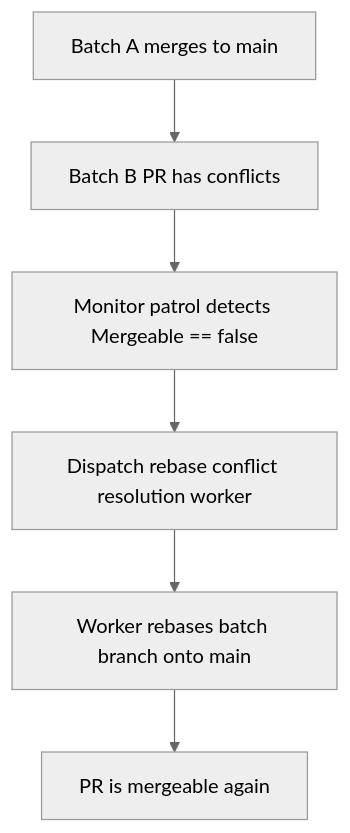
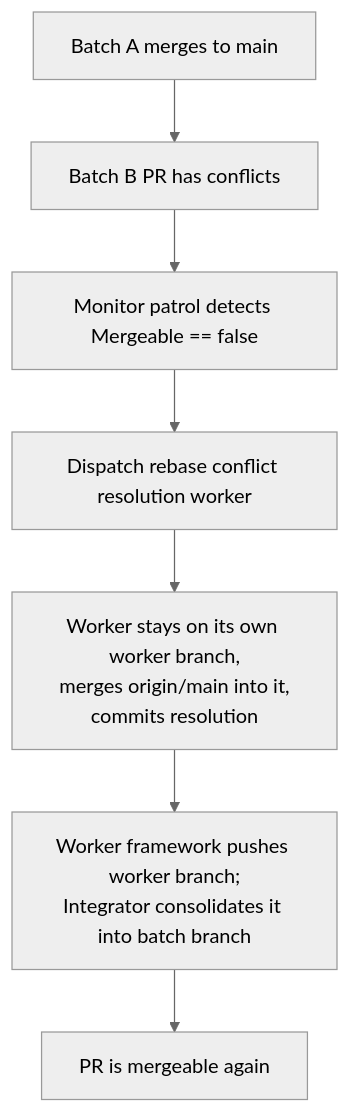
One commit to Herd-OS/herd changed the sixth of 11 diagrams in docs/design/execution.md. Above: the diagram before and after it, drawn with Mermaid (neutral theme). The commit also changed other lines of this file and 1 other file, not shown here.

First line of the commit message:
docs: align conflict-resolution flow with worker-branch behavior

````diff
--- a/docs/design/execution.md
+++ b/docs/design/execution.md
@@ -495,8 +503,9 @@
 ```mermaid
 graph TD
     A["Batch A merges to main"] --> B["Batch B PR has conflicts"]
     B --> C["Monitor patrol detects Mergeable == false"]
     C --> D["Dispatch rebase conflict resolution worker"]
-    D --> E["Worker rebases batch branch onto main"]
-    E --> F["PR is mergeable again"]
+    D --> E["Worker stays on its own worker branch,<br>merges origin/main into it,<br>commits resolution"]
+    E --> F["Worker framework pushes worker branch;<br>Integrator consolidates it into batch branch"]
+    F --> G["PR is mergeable again"]
 ```
````
